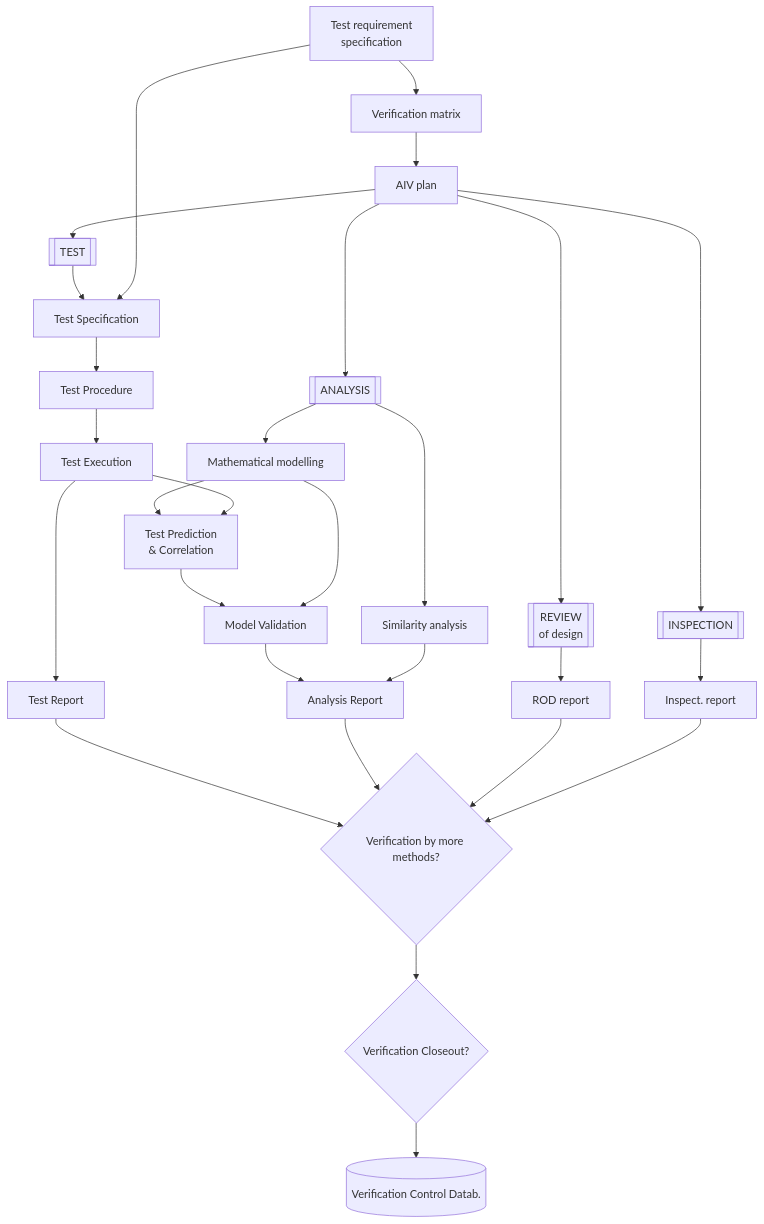
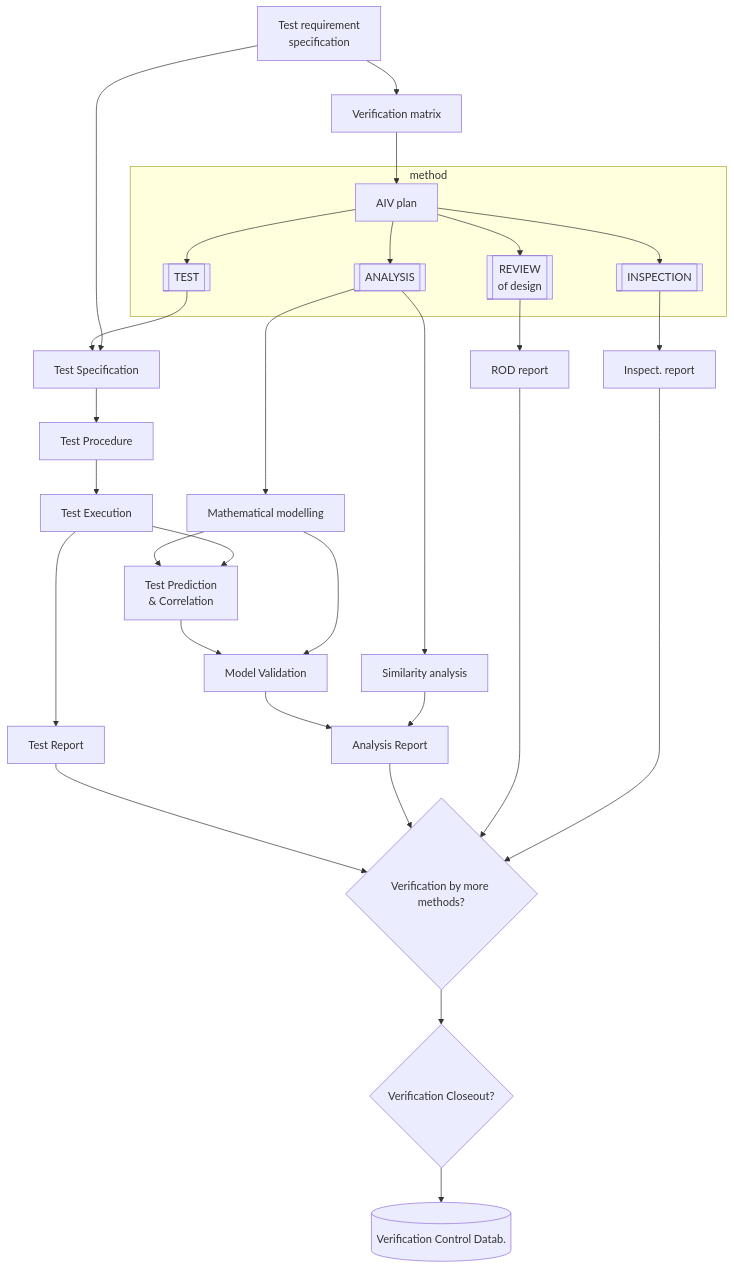
One commit to limu007/quvik changed the diagram in calib/Validation.md. Above: the diagram before and after it, drawn with Mermaid.

````diff
--- a/calib/Validation.md
+++ b/calib/Validation.md
@@ -3,48 +3,53 @@
 ```mermaid
 flowchart TD
 
   TRS["`Test requirement
   specification`"]
   VM["Verification matrix"]
   VCD[(Verification Control Datab.)]
 
   AIV["AIV plan"]
 
     TEST[["TEST"]]
     INS[["INSPECTION"]]
     ANAL[["ANALYSIS"]]
     ROD[["`REVIEW
     of design`"]]
 
   TS["Test Specification"]
   TP["Test Procedure"]
   TE["Test Execution"]
   TPC["`Test Prediction
 & Correlation`"]
   TR["Test Report"]
 
   IR["Inspect. report"]
   MM["Mathematical modelling"]
   MV["Model Validation"]
   SM["Similarity analysis"]
   AR["Analysis Report"]
 
   RR["ROD report"]
 
   meth{"Verification by more methods?"}
   close{"Verification Closeout?"}
-  
+
+subgraph method
+  AIV --> TEST
+  AIV --> ANAL
+  AIV --> ROD
+  AIV --> INS
+end
   TEST --> TS --> TP --> TE --> TR --> meth
   TRS --> VM --> AIV
   TRS --> TS
-  AIV --> TEST
-  AIV --> ANAL
+  
   ANAL --> MM --> TPC --> MV --> AR
   ANAL --> SM --> AR --> meth
-  AIV --> ROD --> RR --> meth
-  AIV --> INS --> IR --> meth
+  ROD --> RR --> meth
+  INS --> IR --> meth
   MM --> MV
   TE --> TPC
   meth --> close --> VCD
 
 ```
````
